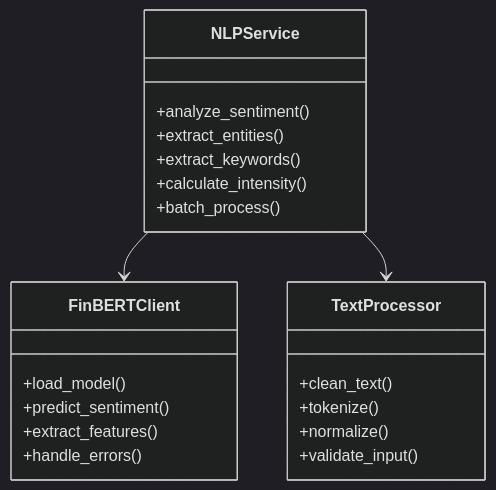
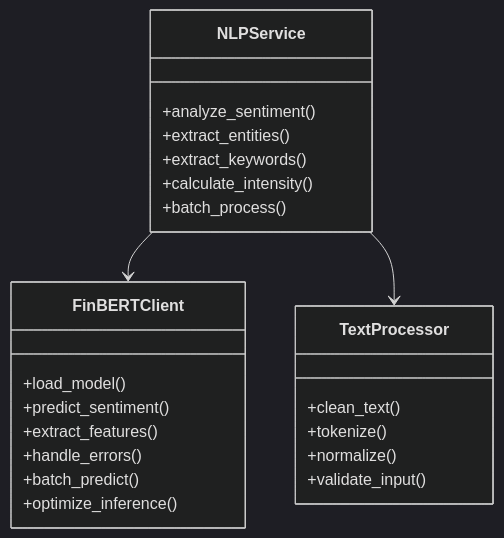
The fourth of 7 diagrams in .trae/documents/data_system_design_backend.md (Casper-Mars/trading), drawn with Mermaid (dark theme) before and after one commit. The commit also changed other lines of this file and 1 other file, not shown here.

````diff
--- a/.trae/documents/data_system_design_backend.md
+++ b/.trae/documents/data_system_design_backend.md
@@ -342,27 +350,29 @@
 ```mermaid
 classDiagram
     class NLPService {
         +analyze_sentiment()
         +extract_entities()
         +extract_keywords()
         +calculate_intensity()
         +batch_process()
     }
     
     class FinBERTClient {
         +load_model()
         +predict_sentiment()
         +extract_features()
         +handle_errors()
+        +batch_predict()
+        +optimize_inference()
     }
     
     class TextProcessor {
         +clean_text()
         +tokenize()
         +normalize()
         +validate_input()
     }
     
     NLPService --> FinBERTClient
     NLPService --> TextProcessor
 ```
````
